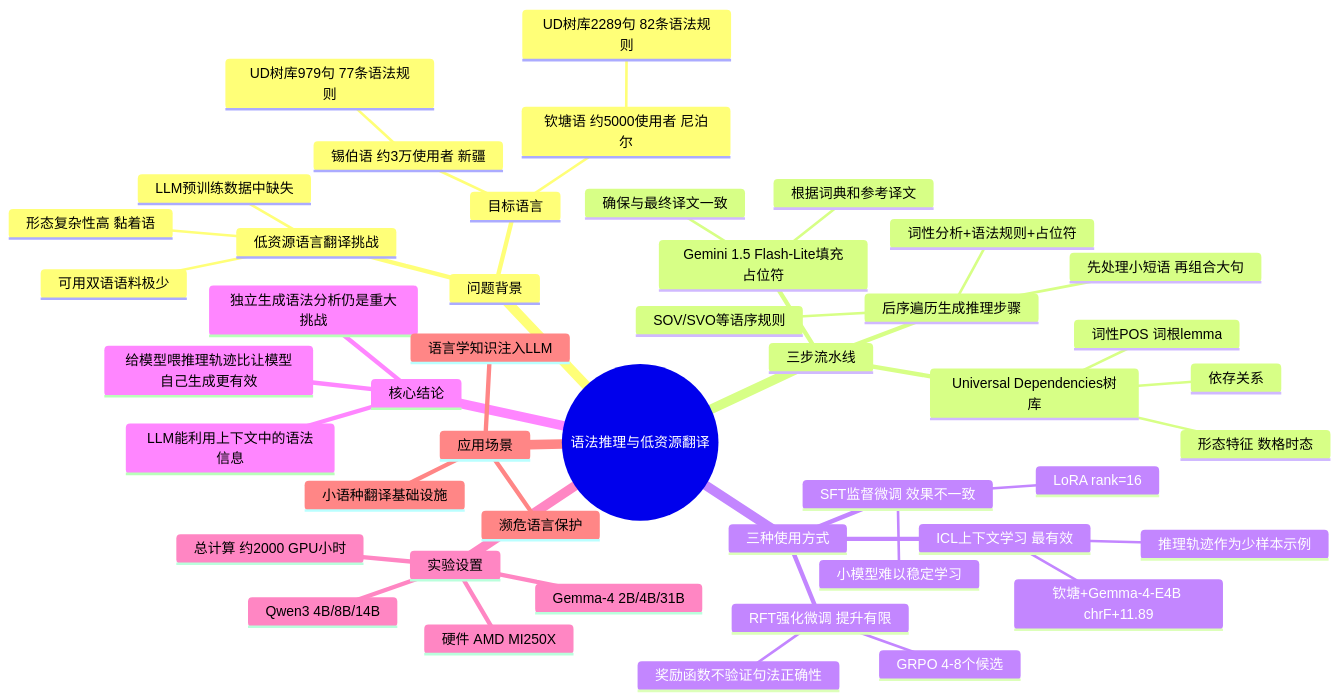
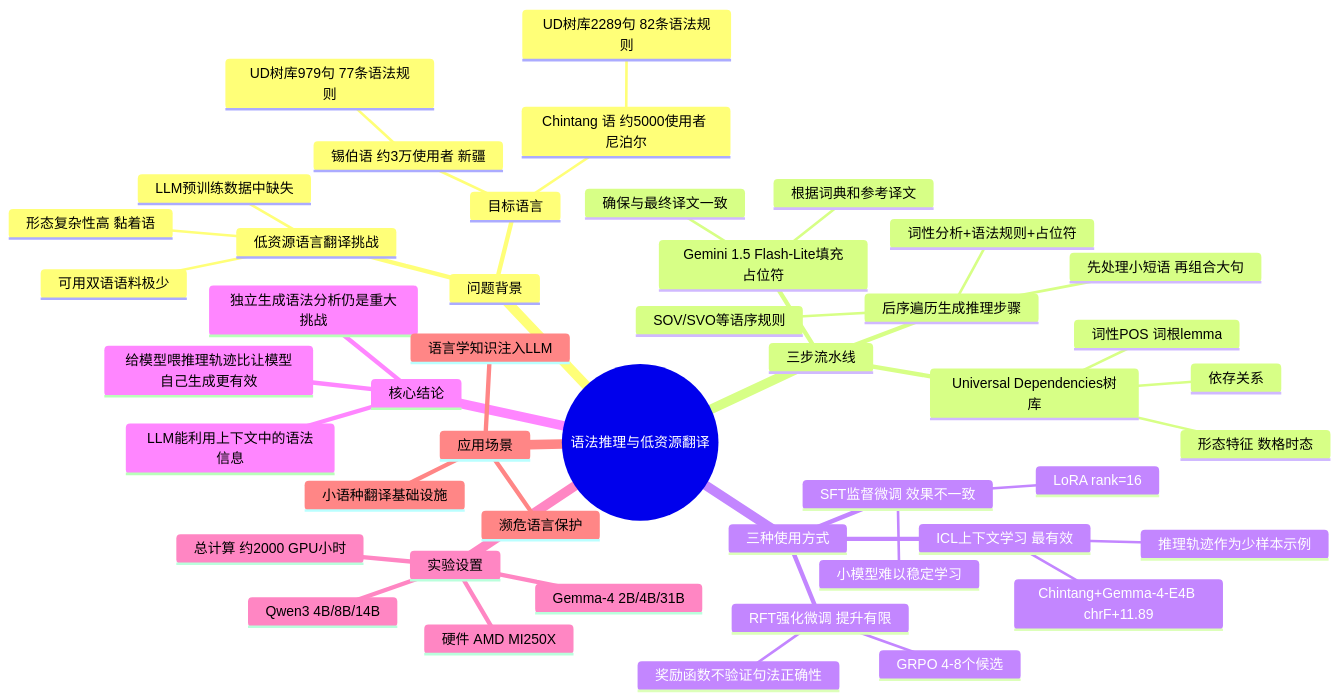
The diagram in src/content/papers/2026-06-09-grammar-reasoning-low-resource-mt.md (sudoghut/paper), drawn with Mermaid before and after one commit. The commit also changed other lines of this file, not shown here.

Commit message:
fix: 钦塘语→Chintang语（无公认中文译名，保留英文），补漏西伯→锡伯

````diff
--- a/src/content/papers/2026-06-09-grammar-reasoning-low-resource-mt.md
+++ b/src/content/papers/2026-06-09-grammar-reasoning-low-resource-mt.md
@@ -101,49 +101,49 @@
 ```mermaid
 mindmap
   root((语法推理与低资源翻译))
     问题背景
       低资源语言翻译挑战
         可用双语语料极少
         形态复杂性高 黏着语
         LLM预训练数据中缺失
       目标语言
         锡伯语 约3万使用者 新疆
           UD树库979句 77条语法规则
-        钦塘语 约5000使用者 尼泊尔
+        Chintang 语 约5000使用者 尼泊尔
           UD树库2289句 82条语法规则
     三步流水线
       Universal Dependencies树库
         词性POS 词根lemma
         形态特征 数格时态
         依存关系
       后序遍历生成推理步骤
         先处理小短语 再组合大句
         词性分析+语法规则+占位符
         SOV/SVO等语序规则
       Gemini 1.5 Flash-Lite填充占位符
         根据词典和参考译文
         确保与最终译文一致
     三种使用方式
       ICL上下文学习 最有效
         推理轨迹作为少样本示例
-        钦塘+Gemma-4-E4B chrF+11.89
+        Chintang+Gemma-4-E4B chrF+11.89
       SFT监督微调 效果不一致
         LoRA rank=16
         小模型难以稳定学习
       RFT强化微调 提升有限
         GRPO 4-8个候选
         奖励函数不验证句法正确性
     核心结论
       给模型喂推理轨迹比让模型自己生成更有效
       LLM能利用上下文中的语法信息
       独立生成语法分析仍是重大挑战
     实验设置
       Qwen3 4B/8B/14B
       Gemma-4 2B/4B/31B
       硬件 AMD MI250X
       总计算 约2000 GPU小时
     应用场景
       濒危语言保护
       小语种翻译基础设施
       语言学知识注入LLM
 ```
````
